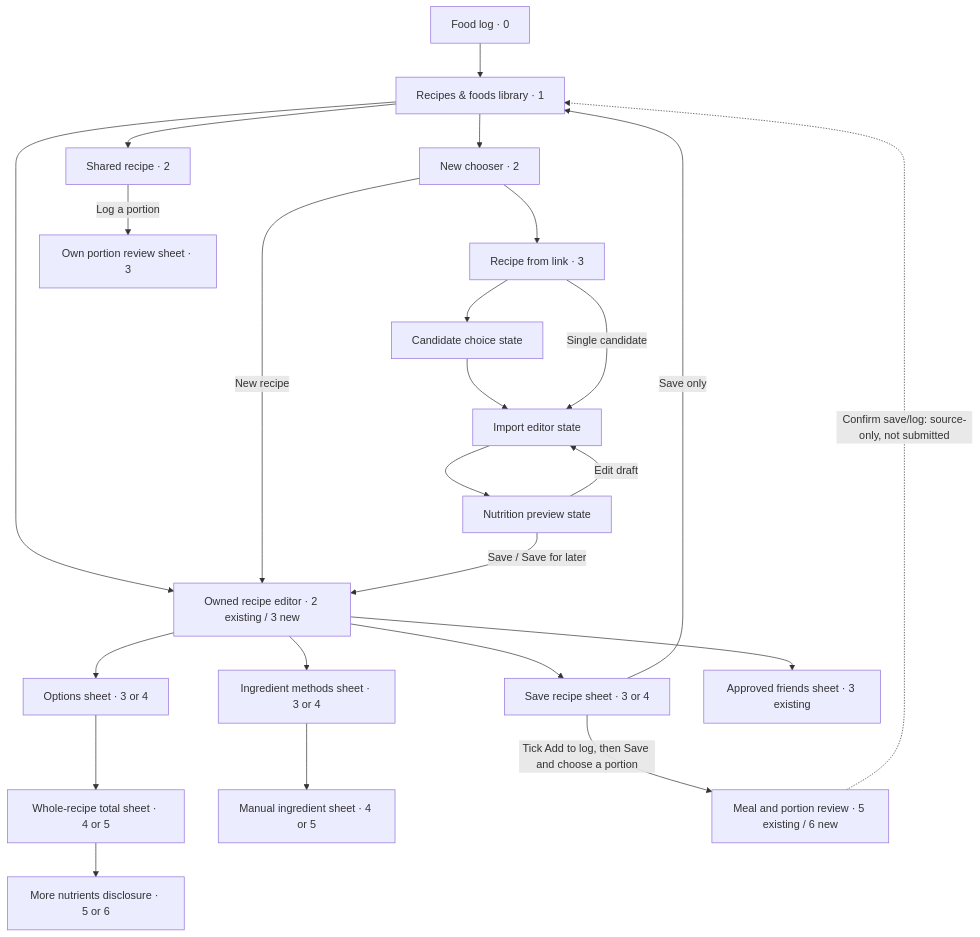
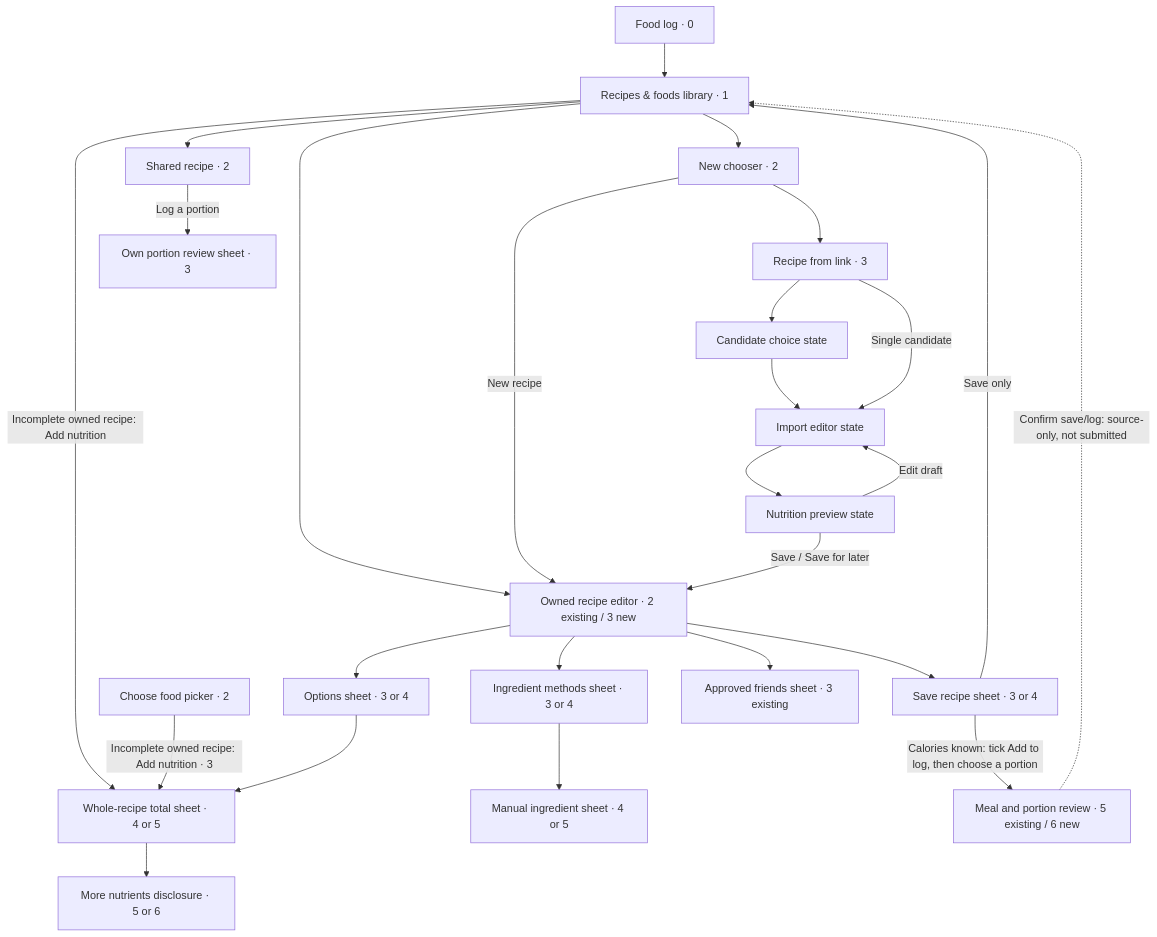
One commit to BenCBanks/kinetta changed diagram 11 of 14 in docs/app-map.md. Above: the diagram before and after it, drawn with Mermaid. The commit also changed other lines of this file and 9 other files, not shown here.

````diff
--- a/docs/app-map.md
+++ b/docs/app-map.md
@@ -488,26 +490,28 @@
 ```mermaid
 flowchart TD
  N["Food log · 0"] --> L["Recipes & foods library · 1"]
  L --> OWN["Owned recipe editor · 2 existing / 3 new"]
  L --> SH["Shared recipe · 2"]
  L --> NEW["New chooser · 2"]
  NEW -->|New recipe| OWN
  NEW --> URL["Recipe from link · 3"]
+ L -->|Incomplete owned recipe: Add nutrition| TOTAL
+ P["Choose food picker · 2"] -->|Incomplete owned recipe: Add nutrition · 3| TOTAL
  OWN --> OPT["Options sheet · 3 or 4"]
  OPT --> TOTAL["Whole-recipe total sheet · 4 or 5"]
  TOTAL --> EXTRA["More nutrients disclosure · 5 or 6"]
  OWN --> ADD["Ingredient methods sheet · 3 or 4"]
  ADD --> MAN["Manual ingredient sheet · 4 or 5"]
  OWN --> SAVE["Save recipe sheet · 3 or 4"]
  SAVE -->|Save only| L
- SAVE -->|Tick Add to log, then Save and choose a portion| PORT["Meal and portion review · 5 existing / 6 new"]
+ SAVE -->|Calories known: tick Add to log, then choose a portion| PORT["Meal and portion review · 5 existing / 6 new"]
  PORT -.->|Confirm save/log: source-only, not submitted| L
  OWN --> SHARE["Approved friends sheet · 3 existing"]
  SH -->|Log a portion| AM["Own portion review sheet · 3"]
  URL --> CAND["Candidate choice state"]
  CAND --> EDIT["Import editor state"]
  URL -->|Single candidate| EDIT
  EDIT --> PRE["Nutrition preview state"]
  PRE -->|Edit draft| EDIT
  PRE -->|Save / Save for later| OWN
 ```
````
